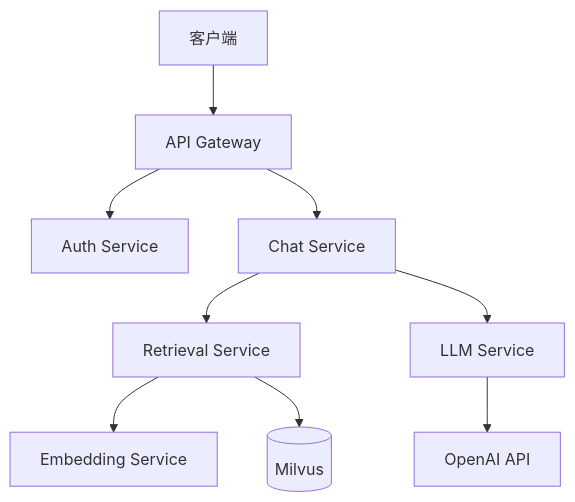
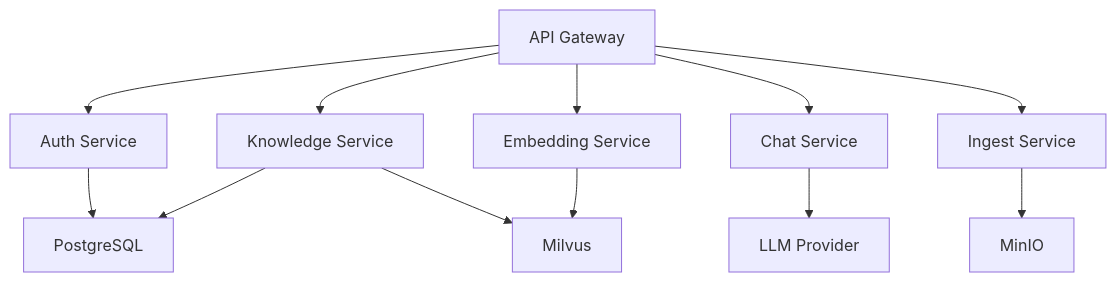
Before and after one commit to NblScript/KnowledgeBot: the diagram in docs/index.md, drawn with Mermaid. The commit also changed other lines of this file and 16 other files, not shown here.

````diff
--- a/docs/index.md
+++ b/docs/index.md
@@ -17,11 +35,15 @@
 ```mermaid
 graph TB
-    Client[客户端] --> Gateway[API Gateway]
-    Gateway --> Auth[Auth Service]
+    Gateway[API Gateway] --> Auth[Auth Service]
+    Gateway --> Knowledge[Knowledge Service]
+    Gateway --> Embedding[Embedding Service]
     Gateway --> Chat[Chat Service]
-    Chat --> Retrieval[Retrieval Service]
-    Chat --> LLM[LLM Service]
-    Retrieval --> Embedding[Embedding Service]
-    Retrieval --> Milvus[(Milvus)]
-    LLM --> OpenAI[OpenAI API]
+    Gateway --> Ingest[Ingest Service]
+    
+    Auth --> PostgreSQL
+    Knowledge --> PostgreSQL
+    Knowledge --> Milvus
+    Embedding --> Milvus
+    Chat --> LLM[LLM Provider]
+    Ingest --> MinIO
 ```
````
